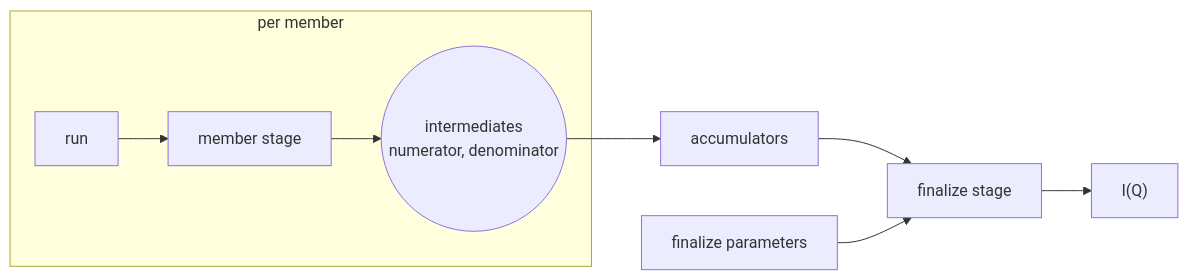
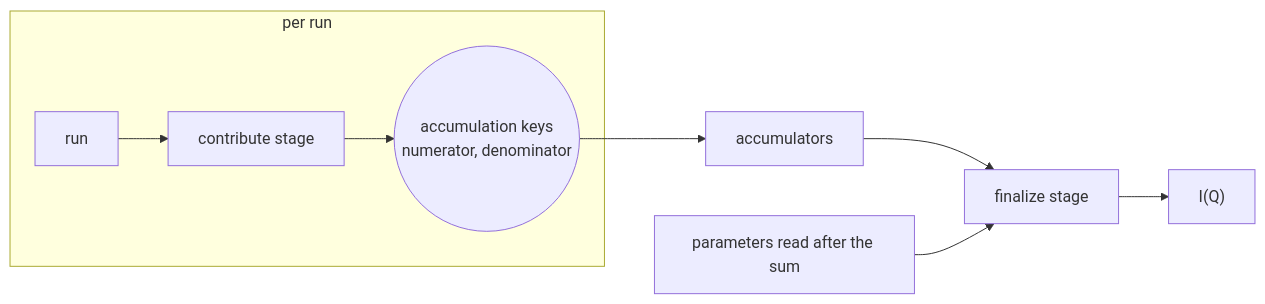
Before and after one commit to scipp/essapps: the diagram in docs/developer/aggregation.md, drawn with Mermaid. The commit also changed other lines of this file and 14 other files, not shown here.

````diff
--- a/docs/developer/aggregation.md
+++ b/docs/developer/aggregation.md
@@ -17,8 +17,8 @@
 ```mermaid
 flowchart LR
-    subgraph member["per member"]
-        run[run] --> contribute[member stage] --> keys(("intermediates<br/>numerator, denominator"))
+    subgraph member["per run"]
+        run[run] --> contribute[contribute stage] --> keys(("accumulation keys<br/>numerator, denominator"))
     end
     keys --> add[accumulators] --> finalize[finalize stage] --> result["I(Q)"]
-    params[finalize parameters] --> finalize
+    params[parameters read after the sum] --> finalize
 ```
````
